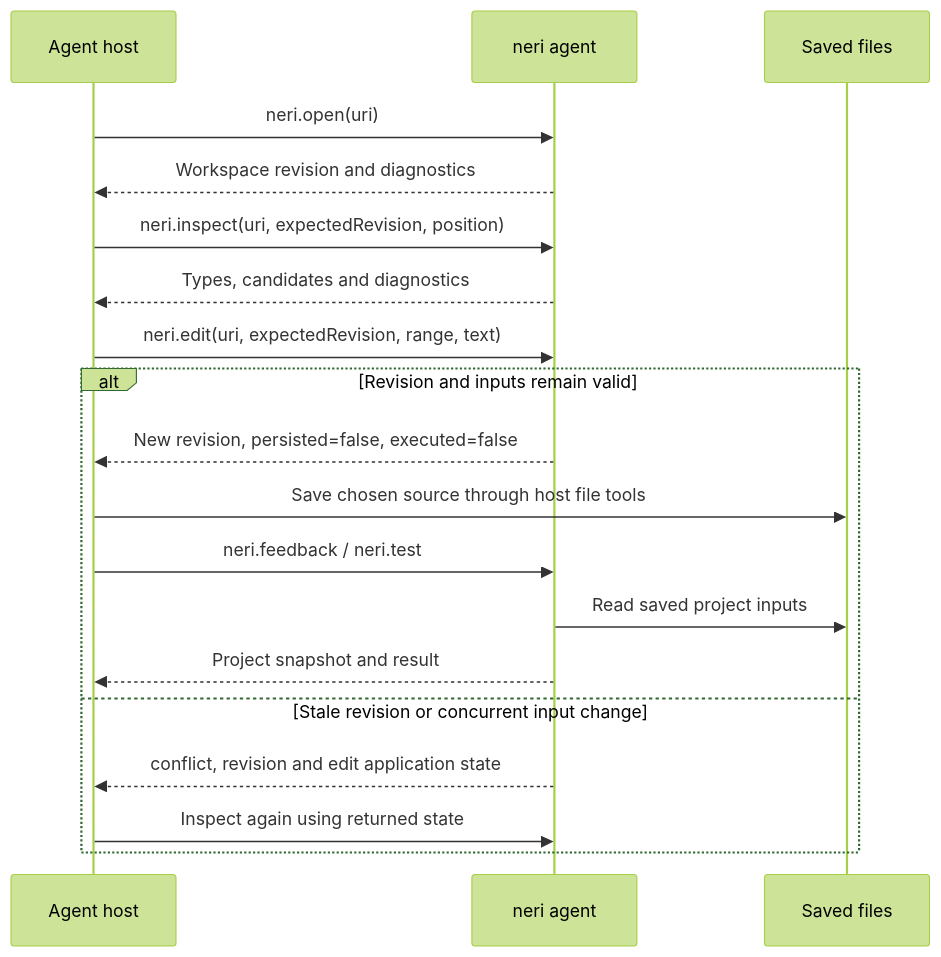
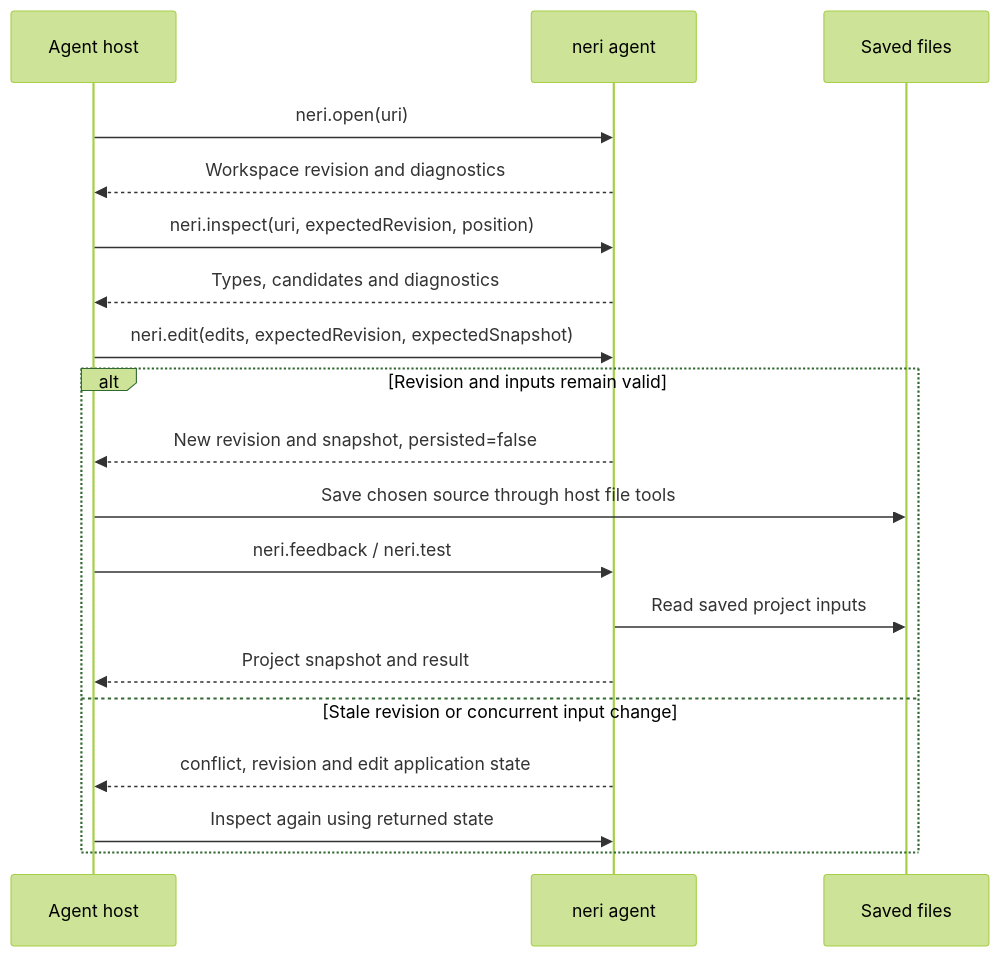
Before and after one commit to hakumi-dev/neri: the diagram in docs/AGENT-FEEDBACK.md, drawn with Mermaid (forest theme). The commit also changed other lines of this file and 22 other files, not shown here.

````diff
--- a/docs/AGENT-FEEDBACK.md
+++ b/docs/AGENT-FEEDBACK.md
@@ -169,21 +208,21 @@
 ```mermaid
 sequenceDiagram
     participant A as Agent host
     participant N as neri agent
     participant D as Saved files
     A->>N: neri.open(uri)
     N-->>A: Workspace revision and diagnostics
     A->>N: neri.inspect(uri, expectedRevision, position)
     N-->>A: Types, candidates and diagnostics
-    A->>N: neri.edit(uri, expectedRevision, range, text)
+    A->>N: neri.edit(edits, expectedRevision, expectedSnapshot)
     alt Revision and inputs remain valid
-        N-->>A: New revision, persisted=false, executed=false
+        N-->>A: New revision and snapshot, persisted=false
         A->>D: Save chosen source through host file tools
         A->>N: neri.feedback / neri.test
         N->>D: Read saved project inputs
         N-->>A: Project snapshot and result
     else Stale revision or concurrent input change
         N-->>A: conflict, revision and edit application state
         A->>N: Inspect again using returned state
     end
 ```
````
